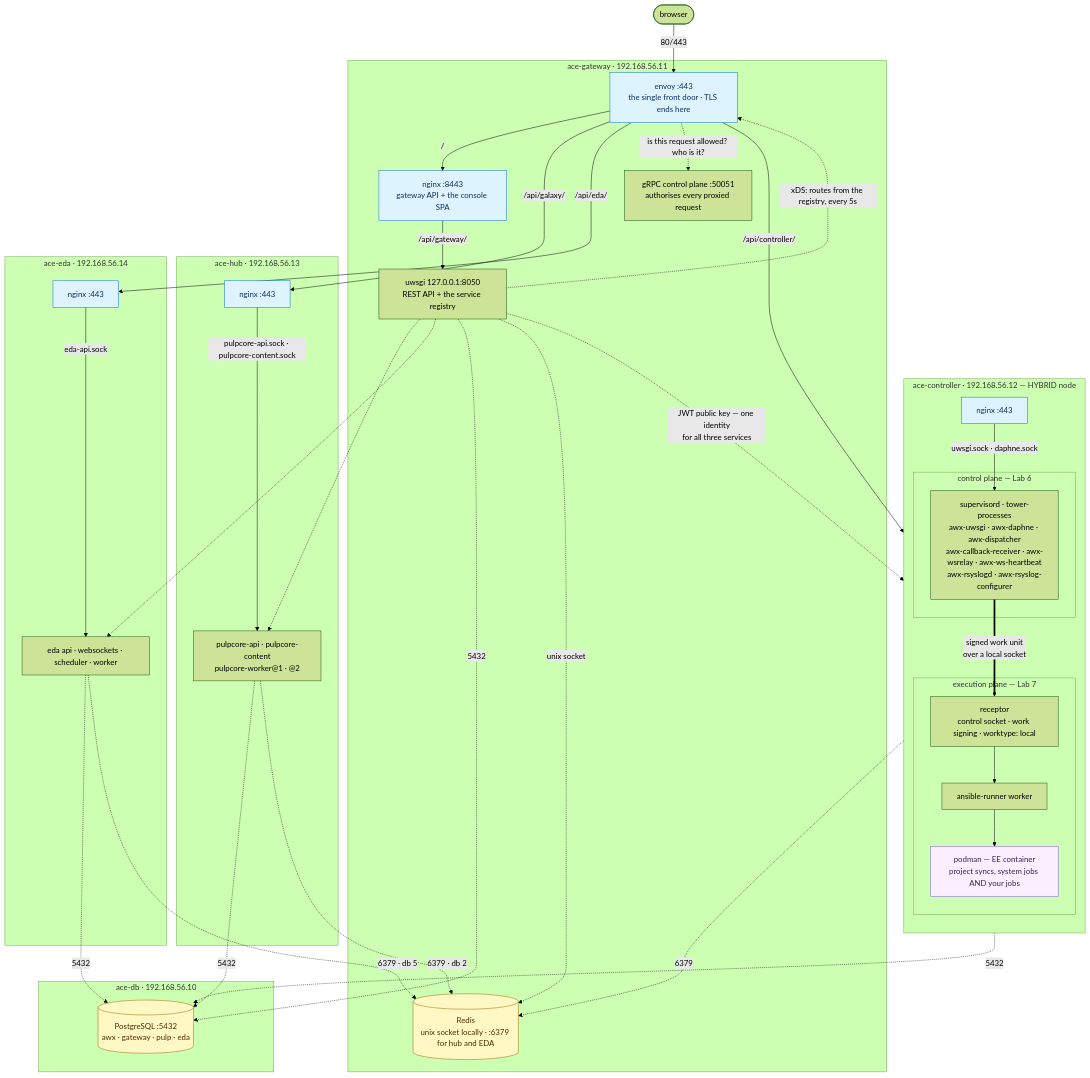
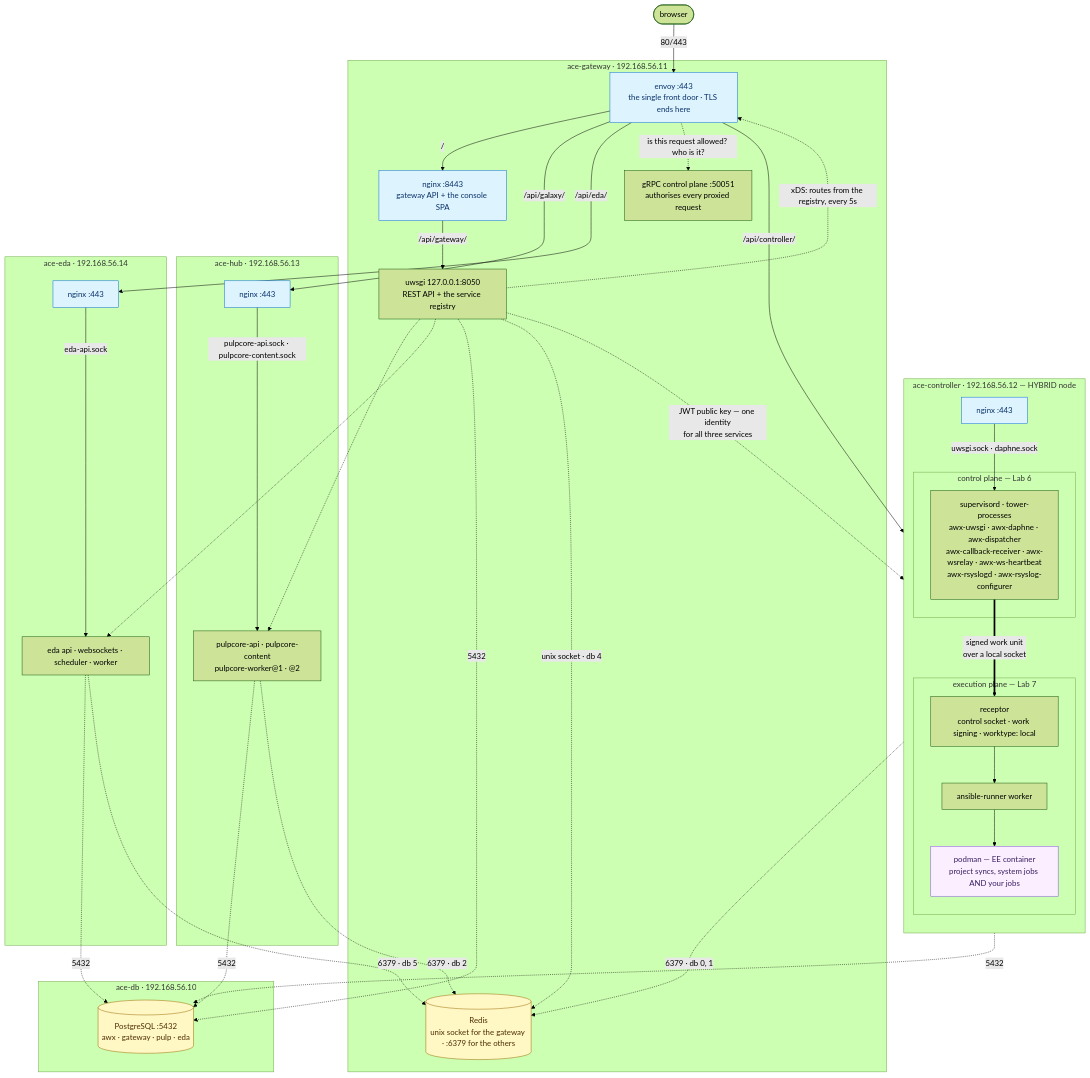
One commit to sammonsjl/ace-the-hard-way changed the diagram in README.md. Above: the diagram before and after it, drawn with Mermaid (forest theme). The commit also changed other lines of this file, not shown here.

````diff
--- a/README.md
+++ b/README.md
@@ -28,78 +28,78 @@
 ```mermaid
 flowchart TB
     browser(["browser"])
 
     subgraph GW["ace-gateway · 192.168.56.11"]
         envoy["envoy :443<br/>the single front door · TLS ends here"]
         gwnginx["nginx :8443<br/>gateway API + the console SPA"]
         gwuwsgi["uwsgi 127.0.0.1:8050<br/>REST API + the service registry"]
         gwgrpc["gRPC control plane :50051<br/>authorises every proxied request"]
-        redis[("Redis<br/>unix socket locally · :6379 for hub and EDA")]
+        redis[("Redis<br/>unix socket for the gateway · :6379 for the others")]
     end
 
     subgraph CTL["ace-controller · 192.168.56.12 — HYBRID node"]
         direction TB
         ctlnginx["nginx :443"]
 
         subgraph CONTROL["control plane — Lab 6"]
             ctlsup["supervisord · tower-processes<br/>awx-uwsgi · awx-daphne · awx-dispatcher<br/>awx-callback-receiver · awx-wsrelay · awx-ws-heartbeat<br/>awx-rsyslogd · awx-rsyslog-configurer"]
         end
 
         subgraph EXEC["execution plane — Lab 7"]
             rcontrol["receptor<br/>control socket · work signing · worktype: local"]
             runner["ansible-runner worker"]
             podmanc["podman — EE container<br/>project syncs, system jobs AND your jobs"]
         end
     end
 
     subgraph HUB["ace-hub · 192.168.56.13"]
         hubnginx["nginx :443"]
         hubproc["pulpcore-api · pulpcore-content<br/>pulpcore-worker@1 · @2"]
     end
 
     subgraph EDA["ace-eda · 192.168.56.14"]
         edanginx["nginx :443"]
         edaproc["eda api · websockets · scheduler · worker"]
     end
 
     subgraph DB["ace-db · 192.168.56.10"]
         pg[("PostgreSQL :5432<br/>awx · gateway · pulp · eda")]
     end
 
     browser -->|"80/443"| envoy
     envoy -->|"/"| gwnginx
     envoy -->|"/api/controller/"| ctlnginx
     envoy -->|"/api/galaxy/"| hubnginx
     envoy -->|"/api/eda/"| edanginx
     gwnginx -->|"/api/gateway/"| gwuwsgi
     ctlnginx -->|"uwsgi.sock · daphne.sock"| ctlsup
     hubnginx -->|"pulpcore-api.sock · pulpcore-content.sock"| hubproc
     edanginx -->|"eda-api.sock"| edaproc
 
     gwuwsgi -.->|"xDS: routes from the registry, every 5s"| envoy
     envoy -.->|"is this request allowed? who is it?"| gwgrpc
     gwuwsgi -.->|"JWT public key — one identity<br/>for all three services"| ctlsup
     gwuwsgi -.-> hubproc
     gwuwsgi -.-> edaproc
 
     gwuwsgi -.->|"5432"| pg
     ctlsup -.->|"5432"| pg
     hubproc -.->|"5432"| pg
     edaproc -.->|"5432"| pg
 
-    gwuwsgi -.->|"unix socket"| redis
-    ctlsup -.->|"6379"| redis
+    gwuwsgi -.->|"unix socket · db 4"| redis
+    ctlsup -.->|"6379 · db 0, 1"| redis
     hubproc -.->|"6379 · db 2"| redis
     edaproc -.->|"6379 · db 5"| redis
 
     ctlsup ==>|"signed work unit<br/>over a local socket"| rcontrol
     rcontrol --> runner
     runner --> podmanc
 
     classDef front fill:#ddf4ff,stroke:#0969da,color:#0a3069
     classDef store fill:#fff8c5,stroke:#9a6700,color:#4d2d00
     classDef sandbox fill:#fbefff,stroke:#8250df,color:#3b1e63
     class envoy,gwnginx,ctlnginx,hubnginx,edanginx front
     class pg,redis store
     class podmanc sandbox
 ```
````
